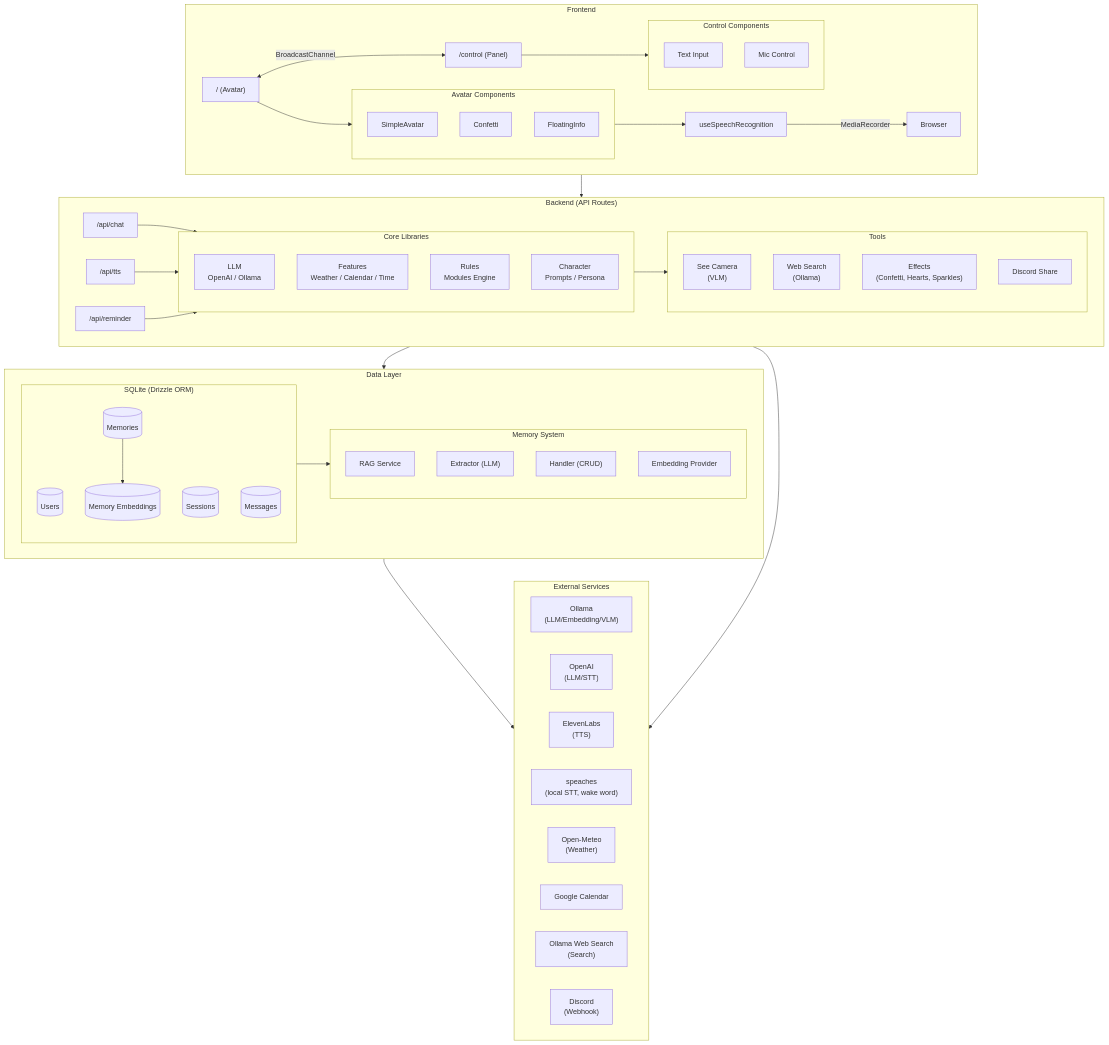
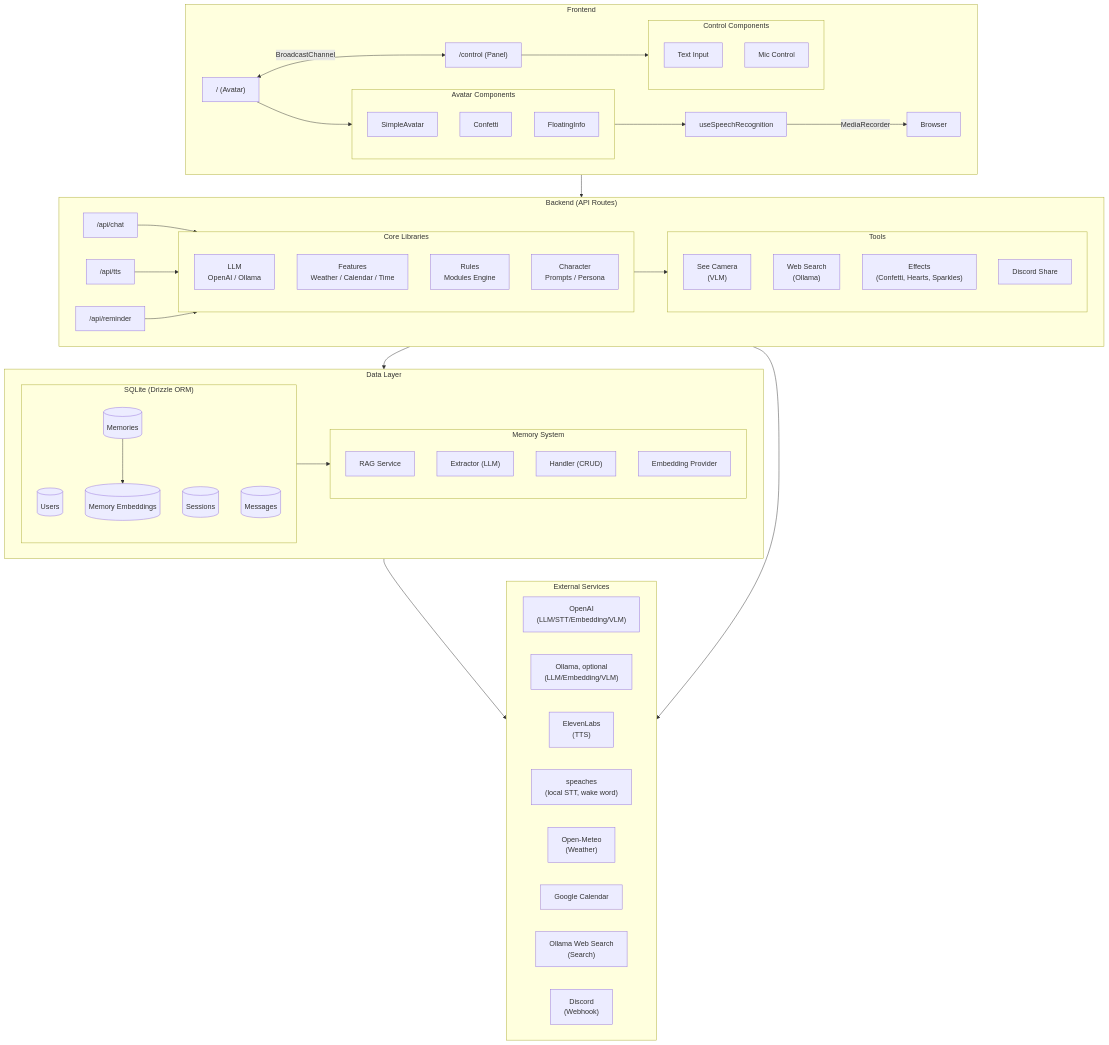
One commit to barrax63/mirrormate changed the diagram in docs/guide/architecture.md. Above: the diagram before and after it, drawn with Mermaid. The commit also changed other lines of this file and 7 other files, not shown here.

```diff
--- a/docs/guide/architecture.md
+++ b/docs/guide/architecture.md
@@ -74,8 +74,8 @@
     end
 
     subgraph External["External Services"]
-        Ollama["Ollama<br/>(LLM/Embedding/VLM)"]
-        OpenAI["OpenAI<br/>(LLM/STT)"]
+        OpenAI["OpenAI<br/>(LLM/STT/Embedding/VLM)"]
+        Ollama["Ollama, optional<br/>(LLM/Embedding/VLM)"]
         ElevenLabs["ElevenLabs<br/>(TTS)"]
         Whisper["speaches<br/>(local STT, wake word)"]
         OpenMeteo["Open-Meteo<br/>(Weather)"]
```
